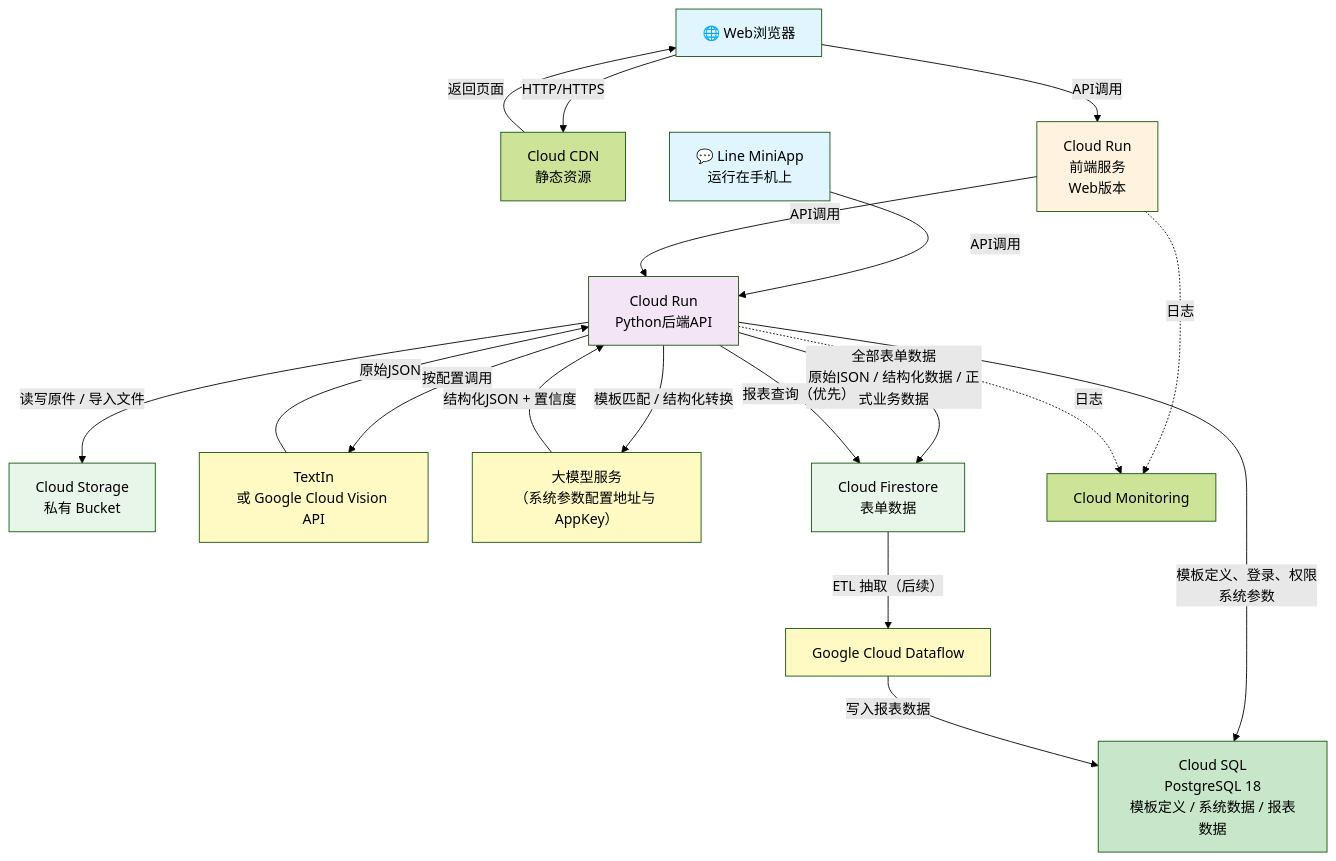
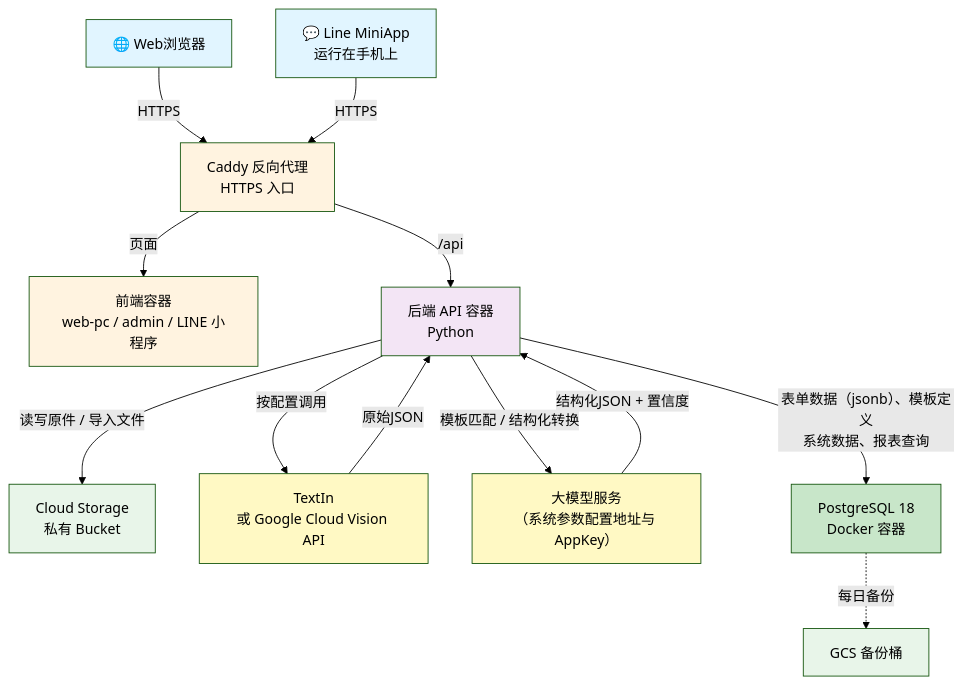
The third of 3 diagrams in docs/10-product/PRD-SaiFlow.md (aibaba-go/saiflow-monorepo), drawn with Mermaid (forest theme) before and after one commit. The commit also changed other lines of this file and 17 other files, not shown here.

Commit message:
[adopt-vps-docker] sync docs to ADR-008: VPS + Docker, PostgreSQL jsonb for form data, GCS kept

````diff
--- a/docs/10-product/PRD-SaiFlow.md
+++ b/docs/10-product/PRD-SaiFlow.md
@@ -278,31 +278,25 @@
 ```mermaid
 flowchart TB
-    WebBrowser["🌐 Web浏览器"] -- HTTP/HTTPS --> CDN["Cloud CDN<br>静态资源"]
-    CDN -- 返回页面 --> WebBrowser
-    WebBrowser -- API调用 --> FrontendCR["Cloud Run<br>前端服务<br>Web版本"]
-    LineMiniApp["💬 Line MiniApp<br>运行在手机上"] -- API调用 --> BackendAPI["Cloud Run<br>Python后端API"]
-    FrontendCR -- API调用 --> BackendAPI
+    WebBrowser["🌐 Web浏览器"] -- HTTPS --> Caddy["Caddy 反向代理<br>HTTPS 入口"]
+    LineMiniApp["💬 Line MiniApp<br>运行在手机上"] -- HTTPS --> Caddy
+    Caddy -- 页面 --> FrontendCR["前端容器<br>web-pc / admin / LINE 小程序"]
+    Caddy -- /api --> BackendAPI["后端 API 容器<br>Python"]
     BackendAPI -- 读写原件 / 导入文件 --> GCS["Cloud Storage<br>私有 Bucket"]
     BackendAPI -- 按配置调用 --> OCRService["TextIn<br>或 Google Cloud Vision API"]
     OCRService -- 原始JSON --> BackendAPI
     BackendAPI -- 模板匹配 / 结构化转换 --> LLM["大模型服务<br>（系统参数配置地址与 AppKey）"]
     LLM -- 结构化JSON + 置信度 --> BackendAPI
-    BackendAPI -- 全部表单数据<br>原始JSON / 结构化数据 / 正式业务数据 --> Firestore["Cloud Firestore<br>表单数据"]
-    BackendAPI -- 模板定义、登录、权限<br>系统参数 --> PostgreSQL["Cloud SQL<br>PostgreSQL 18<br>模板定义 / 系统数据 / 报表数据"]
-    BackendAPI -- 报表查询（优先） --> Firestore
-    Firestore -- ETL 抽取（后续） --> Dataflow["Google Cloud Dataflow"]
-    Dataflow -- 写入报表数据 --> PostgreSQL
-    FrontendCR -. 日志 .-> Monitor["Cloud Monitoring"]
-    BackendAPI -. 日志 .-> Monitor
+    BackendAPI -- 表单数据（jsonb）、模板定义<br>系统数据、报表查询 --> PostgreSQL["PostgreSQL 18<br>Docker 容器"]
+    PostgreSQL -. 每日备份 .-> Backup["GCS 备份桶"]
 
     style WebBrowser fill:#e1f5ff
     style LineMiniApp fill:#e1f5ff
     style FrontendCR fill:#fff3e0
     style BackendAPI fill:#f3e5f5
     style GCS fill:#e8f5e9
     style OCRService fill:#fff9c4
     style LLM fill:#fff9c4
-    style Firestore fill:#e8f5e9
-    style Dataflow fill:#fff9c4
+    style Caddy fill:#fff3e0
+    style Backup fill:#e8f5e9
     style PostgreSQL fill:#c8e6c9
 ```
````
